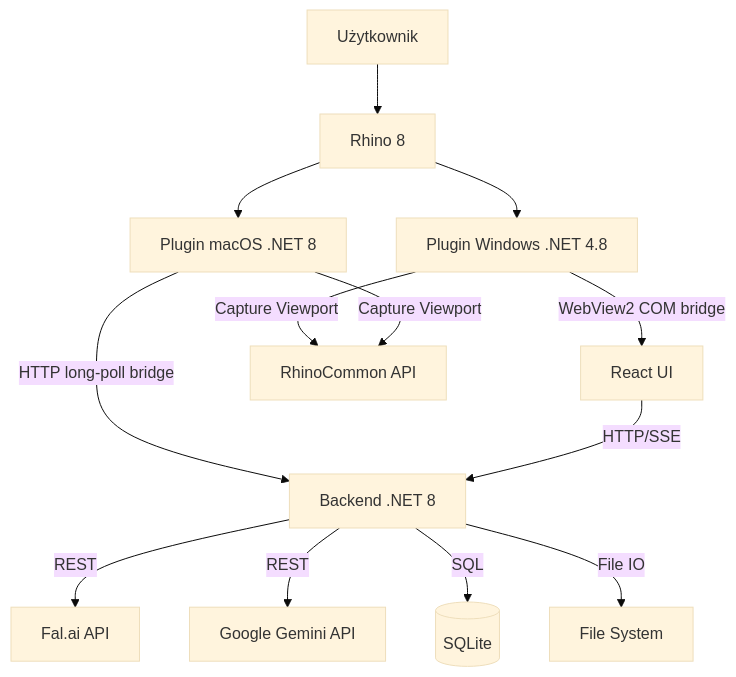
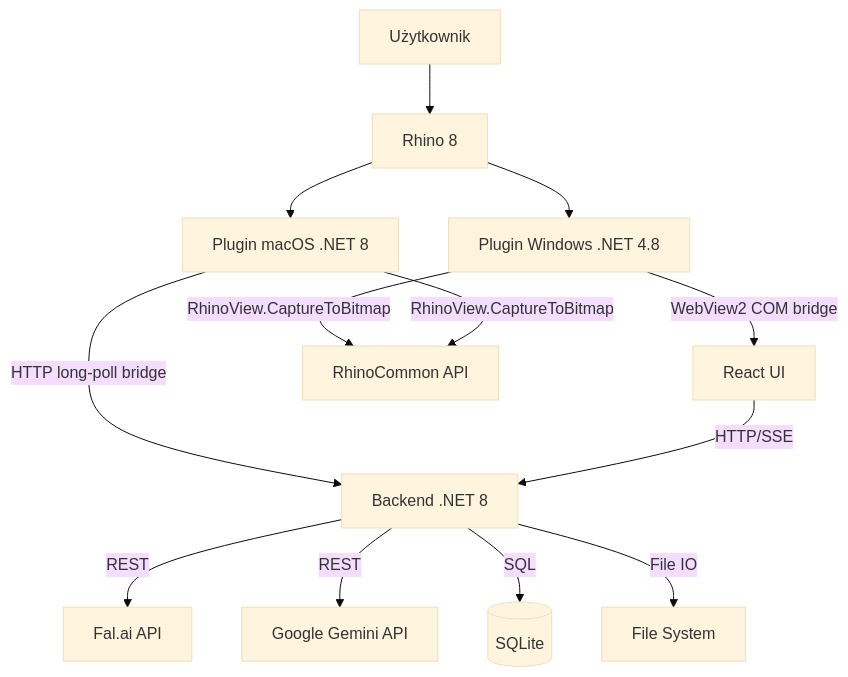
One commit to Bochyn/AI-Image-Studio changed the diagram in docs/pl/api/architektura.md. Above: the diagram before and after it, drawn with Mermaid (base theme). The commit also changed other lines of this file and 32 other files, not shown here.

````diff
--- a/docs/pl/api/architektura.md
+++ b/docs/pl/api/architektura.md
@@ -7,16 +7,16 @@
 ```mermaid
 graph TD
     User[Użytkownik] --> Rhino[Rhino 8]
     Rhino --> WinPlugin[Plugin Windows .NET 4.8]
     Rhino --> MacPlugin[Plugin macOS .NET 8]
     WinPlugin -- WebView2 COM bridge --> UI[React UI]
     MacPlugin -- HTTP long-poll bridge --> Backend[Backend .NET 8]
-    WinPlugin -- Capture Viewport --> RhinoCommon[RhinoCommon API]
-    MacPlugin -- Capture Viewport --> RhinoCommon
+    WinPlugin -- RhinoView.CaptureToBitmap --> RhinoCommon[RhinoCommon API]
+    MacPlugin -- RhinoView.CaptureToBitmap --> RhinoCommon
 
     UI -- HTTP/SSE --> Backend
     Backend -- REST --> FalAI[Fal.ai API]
     Backend -- REST --> Gemini[Google Gemini API]
     Backend -- SQL --> DB[(SQLite)]
     Backend -- File IO --> Storage[File System]
 ```
````
